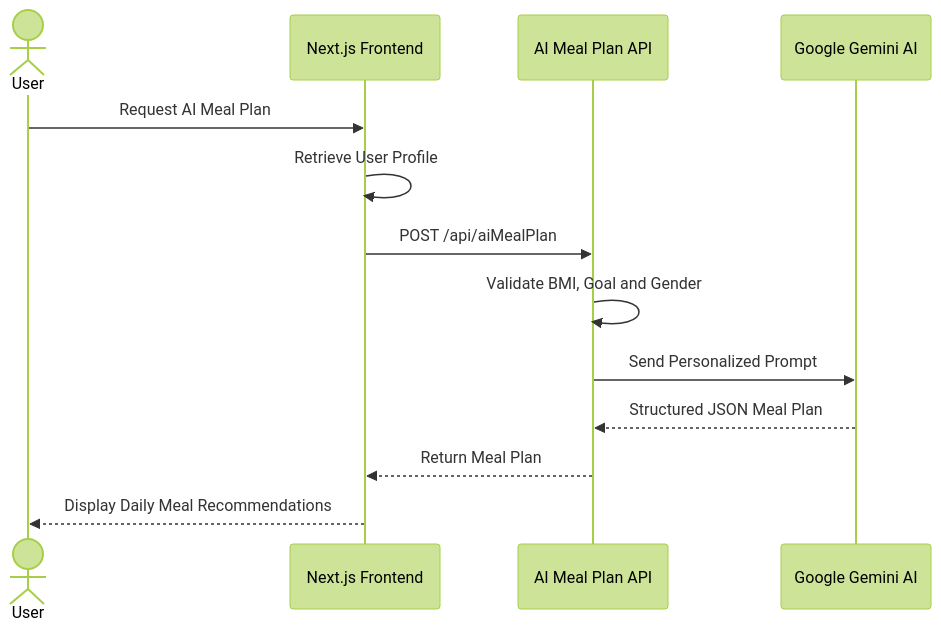
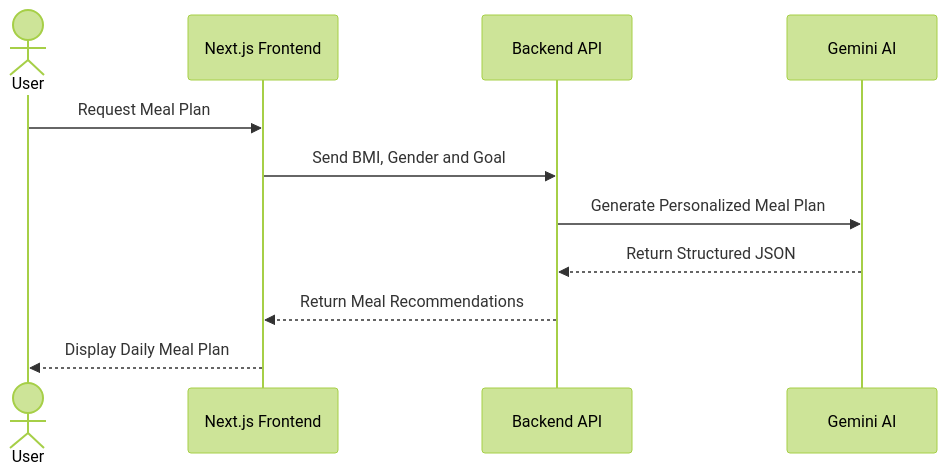
One commit to Shafaet1074/AI-Meal-Planner changed the fourth of 5 diagrams in README.md. Above: the diagram before and after it, drawn with Mermaid (forest theme). The commit also changed other lines of this file, not shown here.

````diff
--- a/README.md
+++ b/README.md
@@ -473,16 +178,14 @@
 ```mermaid
 sequenceDiagram
     actor User
     participant UI as Next.js Frontend
-    participant API as AI Meal Plan API
-    participant Gemini as Google Gemini AI
+    participant API as Backend API
+    participant AI as Gemini AI
 
-    User->>UI: Request AI Meal Plan
-    UI->>UI: Retrieve User Profile
-    UI->>API: POST /api/aiMealPlan
-    API->>API: Validate BMI, Goal and Gender
-    API->>Gemini: Send Personalized Prompt
-    Gemini-->>API: Structured JSON Meal Plan
-    API-->>UI: Return Meal Plan
-    UI-->>User: Display Daily Meal Recommendations
+    User->>UI: Request Meal Plan
+    UI->>API: Send BMI, Gender and Goal
+    API->>AI: Generate Personalized Meal Plan
+    AI-->>API: Return Structured JSON
+    API-->>UI: Return Meal Recommendations
+    UI-->>User: Display Daily Meal Plan
 ```
````
